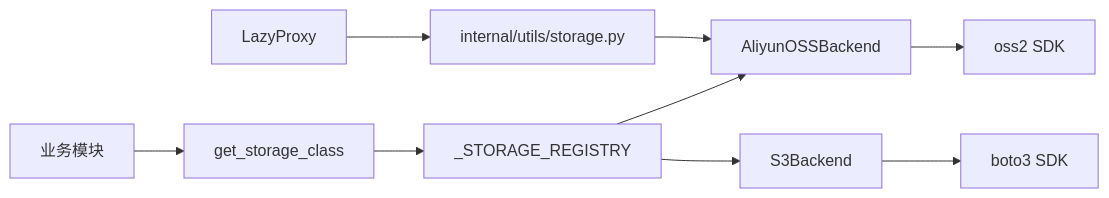
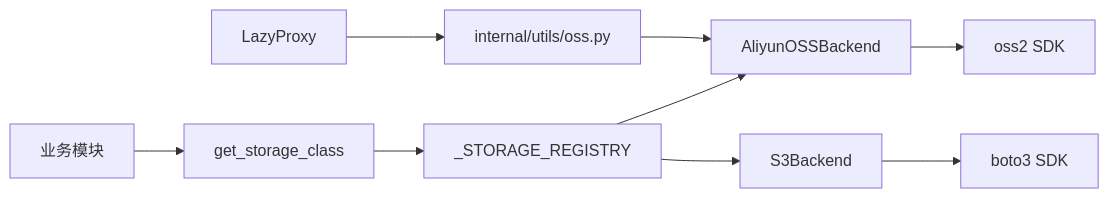
The sixth of 6 diagrams in .qoder/repowiki/zh/content/基础设施工具/对象存储工具.md (lilinzezzzzzz/fastapi-backend), drawn with Mermaid before and after one commit. The commit also changed other lines of this file and 38 other files, not shown here.

````diff
--- a/.qoder/repowiki/zh/content/基础设施工具/对象存储工具.md
+++ b/.qoder/repowiki/zh/content/基础设施工具/对象存储工具.md
@@ -245,11 +256,11 @@
 ```mermaid
 graph LR
 Biz["业务模块"] --> Factory["get_storage_class"]
 Factory --> Reg["_STORAGE_REGISTRY"]
 Reg --> Aliyun["AliyunOSSBackend"]
 Reg --> S3B["S3Backend"]
 Aliyun --> OSS2["oss2 SDK"]
 S3B --> Boto3["boto3 SDK"]
-Utils["internal/utils/storage.py"] --> Aliyun
+Utils["internal/utils/oss.py"] --> Aliyun
 Lazy["LazyProxy"] --> Utils
 ```
````
